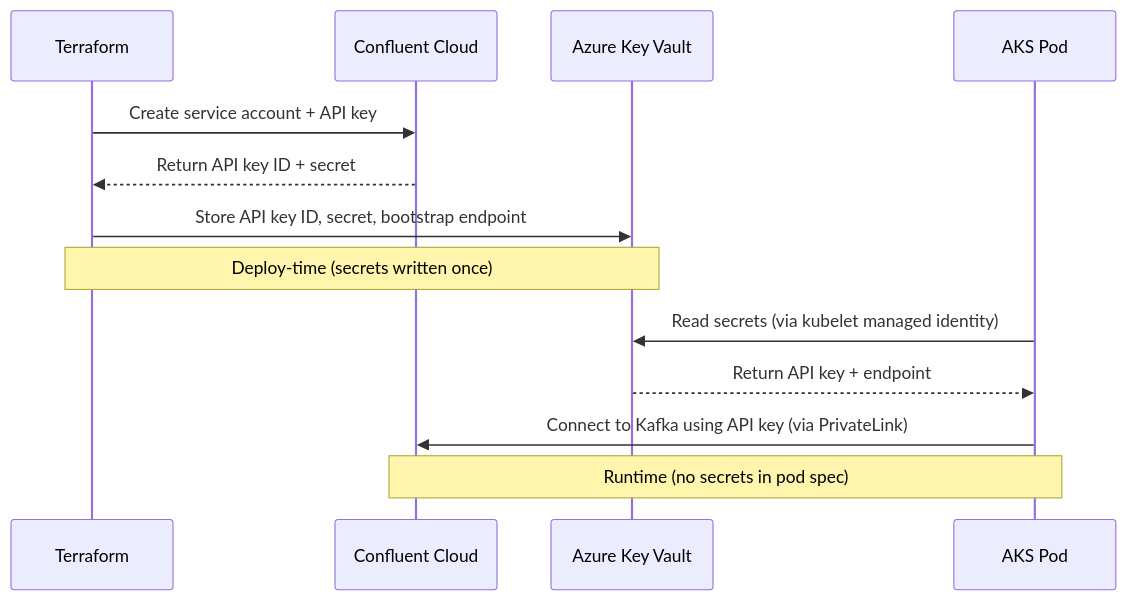
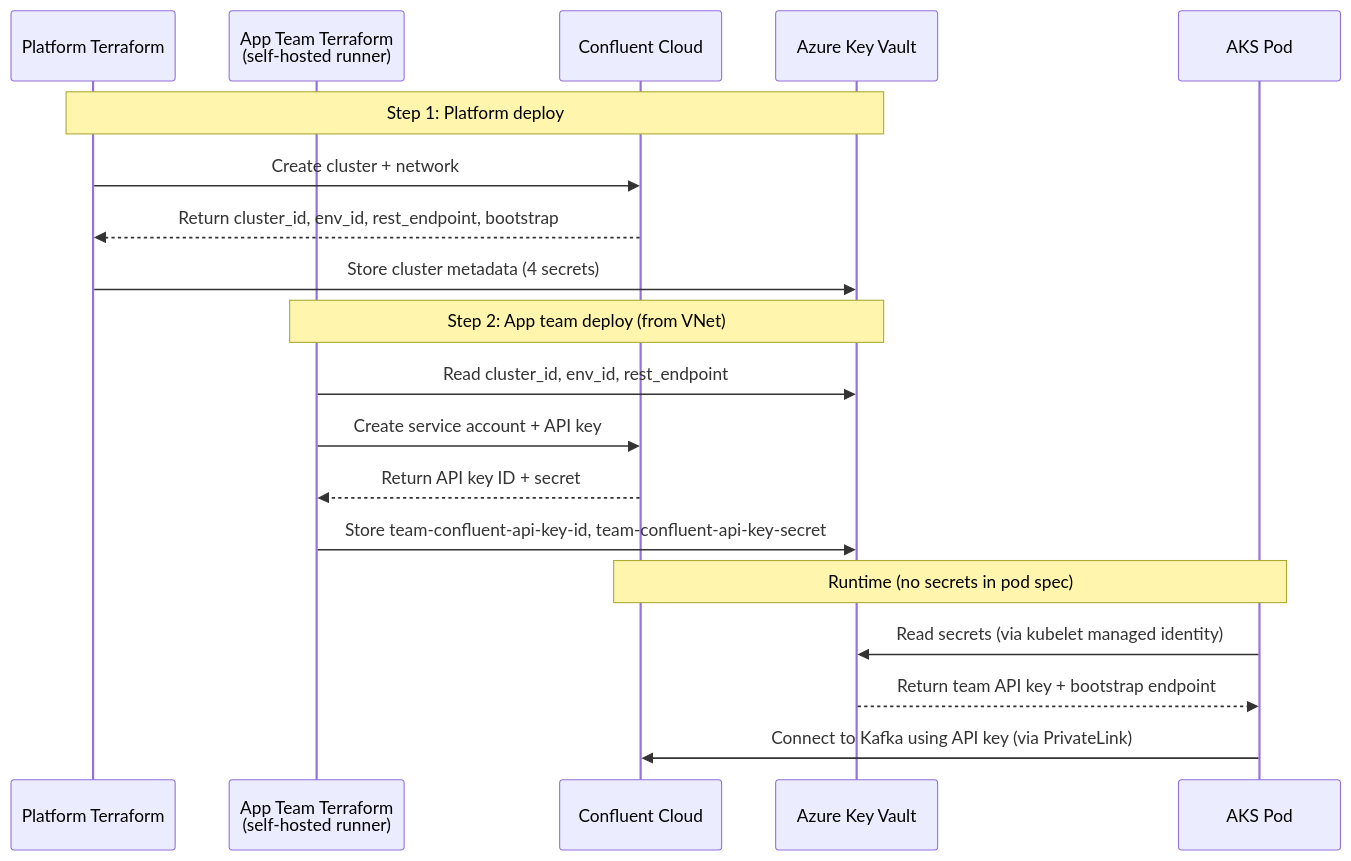
The third of 3 diagrams in docs/02-design/security-and-permissions.md (GouthamKumar4/terraform-confluent-cloud-aks-poc), drawn with Mermaid before and after one commit. The commit also changed other lines of this file and 62 other files, not shown here.

Commit message:
added new flow

````diff
--- a/docs/02-design/security-and-permissions.md
+++ b/docs/02-design/security-and-permissions.md
@@ -150,17 +193,24 @@
 ```mermaid
 sequenceDiagram
-    participant TF as Terraform
+    participant PTF as Platform Terraform
+    participant ATF as App Team Terraform<br>(self-hosted runner)
     participant CF as Confluent Cloud
     participant KV as Azure Key Vault
     participant AKS as AKS Pod
 
-    TF->>CF: Create service account + API key
-    CF-->>TF: Return API key ID + secret
-    TF->>KV: Store API key ID, secret, bootstrap endpoint
-    Note over TF,KV: Deploy-time (secrets written once)
-    
+    Note over PTF,KV: Step 1: Platform deploy
+    PTF->>CF: Create cluster + network
+    CF-->>PTF: Return cluster_id, env_id, rest_endpoint, bootstrap
+    PTF->>KV: Store cluster metadata (4 secrets)
+
+    Note over ATF,KV: Step 2: App team deploy (from VNet)
+    ATF->>KV: Read cluster_id, env_id, rest_endpoint
+    ATF->>CF: Create service account + API key
+    CF-->>ATF: Return API key ID + secret
+    ATF->>KV: Store team-confluent-api-key-id, team-confluent-api-key-secret
+
+    Note over AKS,CF: Runtime (no secrets in pod spec)
     AKS->>KV: Read secrets (via kubelet managed identity)
-    KV-->>AKS: Return API key + endpoint
+    KV-->>AKS: Return team API key + bootstrap endpoint
     AKS->>CF: Connect to Kafka using API key (via PrivateLink)
-    Note over AKS,CF: Runtime (no secrets in pod spec)
 ```
````
